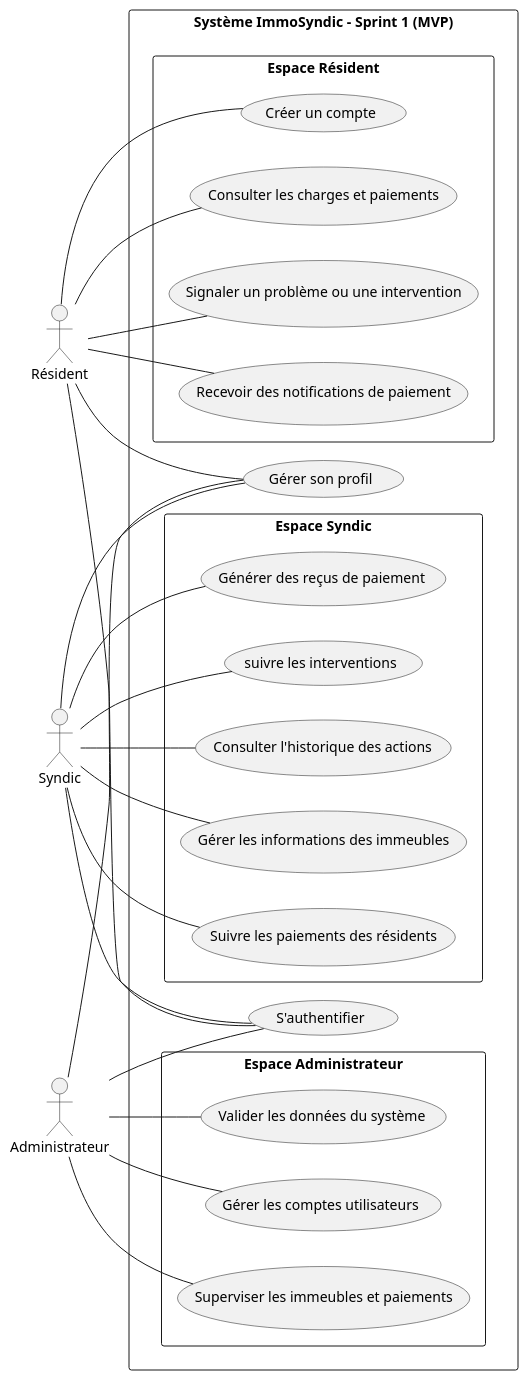
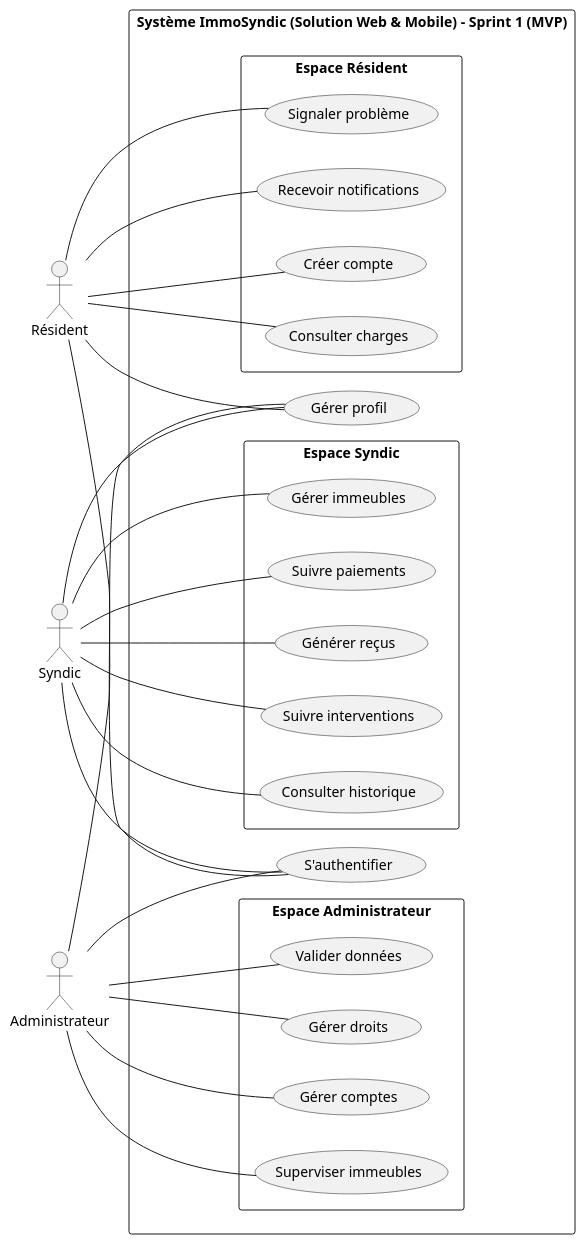
The diagram in analyse/ideation/cas_utilisation/use_case_sprint1_MVP.puml (fadna-lakhouchen/Projet-finale), drawn with PlantUML before and after one commit. The commit also changed 7 other files, not shown here.

```diff
--- a/analyse/ideation/cas_utilisation/use_case_sprint1_MVP.puml
+++ b/analyse/ideation/cas_utilisation/use_case_sprint1_MVP.puml
@@ -1,46 +1,47 @@
 @startuml
 left to right direction
 skinparam packageStyle rectangle
 skinparam shadowing false
 
 actor "Résident" as Resident
 actor "Syndic" as Syndic
 actor "Administrateur" as Admin
 
-rectangle "Système ImmoSyndic - Sprint 1 (MVP)" {
+rectangle "Système ImmoSyndic (Solution Web & Mobile) - Sprint 1 (MVP)" {
 
   ' Authentification commune
   usecase "S'authentifier" as Auth
-  usecase "Gérer son profil" as Profile
+  usecase "Gérer profil" as Profile
 
   Resident -- Auth
   Syndic -- Auth
   Admin -- Auth
   
   Resident -- Profile
   Syndic -- Profile
   Admin -- Profile
 
   package "Espace Résident" {
-    Resident -- (Créer un compte)
-    Resident -- (Consulter les charges et paiements)
-    Resident -- (Signaler un problème ou une intervention)
-    Resident -- (Recevoir des notifications de paiement)
+    Resident -- (Créer compte)
+    Resident -- (Consulter charges)
+    Resident -- (Signaler problème)
+    Resident -- (Recevoir notifications)
   }
 
   package "Espace Syndic" {
-    Syndic -- (Gérer les informations des immeubles)
-    Syndic -- (Suivre les paiements des résidents)
-    Syndic -- (Générer des reçus de paiement)
-    Syndic -- (suivre les interventions)
-    Syndic -- (Consulter l'historique des actions)
+    Syndic -- (Gérer immeubles)
+    Syndic -- (Suivre paiements)
+    Syndic -- (Générer reçus)
+    Syndic -- (Suivre interventions)
+    Syndic -- (Consulter historique)
   }
 
   package "Espace Administrateur" {
-    Admin -- (Gérer les comptes utilisateurs)
-    Admin -- (Superviser les immeubles et paiements)
-    Admin -- (Valider les données du système)
+    Admin -- (Gérer comptes)
+    Admin -- (Superviser immeubles)
+    Admin -- (Valider données)
+    Admin -- (Gérer droits)
   }
 
 }
 @enduml
```
